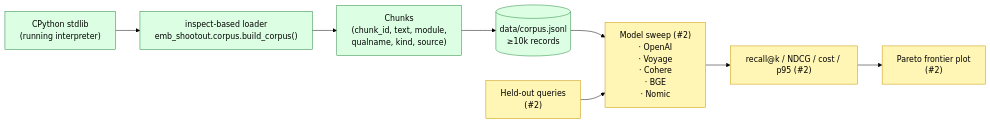
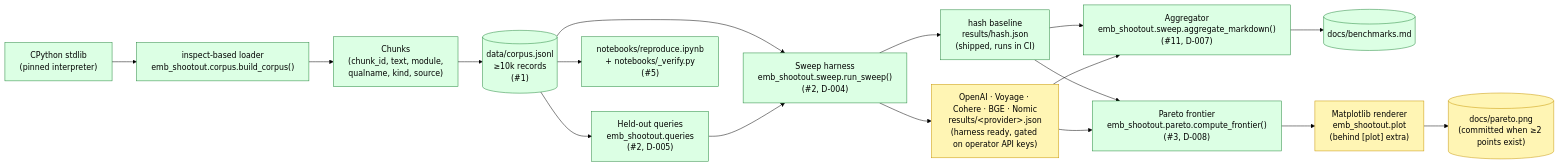
The diagram in docs/architecture.md (dj-techs/embedding-model-shootout), drawn with Mermaid (forest theme) before and after one commit. The commit also changed other lines of this file and 3 other files, not shown here.

First line of the commit message:
docs(architecture): doc reflects all 6 shipped layers, not the #1-only pre-shipping state (#19) (#20)

````diff
--- a/docs/architecture.md
+++ b/docs/architecture.md
@@ -5,14 +5,28 @@
 ```mermaid
 flowchart LR
     classDef shipped fill:#dcffe4,stroke:#22863a,color:#000
-    classDef pending fill:#fff5b4,stroke:#c69400,color:#000
+    classDef opkey   fill:#fff5b4,stroke:#c69400,color:#000
 
-    Py["CPython stdlib<br/>(running interpreter)"]:::shipped --> Insp["inspect-based loader<br/>emb_shootout.corpus.build_corpus()"]:::shipped
+    Py["CPython stdlib<br/>(pinned interpreter)"]:::shipped --> Insp["inspect-based loader<br/>emb_shootout.corpus.build_corpus()"]:::shipped
     Insp --> Chunks["Chunks<br/>(chunk_id, text, module,<br/>qualname, kind, source)"]:::shipped
-    Chunks --> JSONL[("data/corpus.jsonl<br/>≥10k records")]:::shipped
+    Chunks --> JSONL[("data/corpus.jsonl<br/>≥10k records<br/>(#1)")]:::shipped
 
-    JSONL --> Sweep["Model sweep (#2)<br/>· OpenAI<br/>· Voyage<br/>· Cohere<br/>· BGE<br/>· Nomic"]:::pending
-    QS["Held-out queries<br/>(#2)"]:::pending --> Sweep
-    Sweep --> Metrics["recall@k / NDCG / cost / p95 (#2)"]:::pending
-    Metrics --> Plot["Pareto frontier plot<br/>(#2)"]:::pending
+    JSONL --> Queries["Held-out queries<br/>emb_shootout.queries<br/>(#2, D-005)"]:::shipped
+    JSONL --> Sweep["Sweep harness<br/>emb_shootout.sweep.run_sweep()<br/>(#2, D-004)"]:::shipped
+    Queries --> Sweep
+    Sweep --> Hash["hash baseline<br/>results/hash.json<br/>(shipped, runs in CI)"]:::shipped
+    Sweep --> Real["OpenAI · Voyage · Cohere · BGE · Nomic<br/>results/&lt;provider&gt;.json<br/>(harness ready, gated on operator API keys)"]:::opkey
+
+    Hash --> Agg["Aggregator<br/>emb_shootout.sweep.aggregate_markdown()<br/>(#11, D-007)"]:::shipped
+    Real --> Agg
+    Agg --> Bench[("docs/benchmarks.md")]:::shipped
+
+    Hash --> Pareto["Pareto frontier<br/>emb_shootout.pareto.compute_frontier()<br/>(#3, D-008)"]:::shipped
+    Real --> Pareto
+    Pareto --> Plot["Matplotlib renderer<br/>emb_shootout.plot<br/>(behind [plot] extra)"]:::opkey
+    Plot --> PNG[("docs/pareto.png<br/>(committed when ≥2 points exist)")]:::opkey
+
+    JSONL --> Notebook["notebooks/reproduce.ipynb<br/>+ notebooks/_verify.py<br/>(#5)"]:::shipped
+
+    classDef _legend stroke-dasharray:3 3
 ```
````
